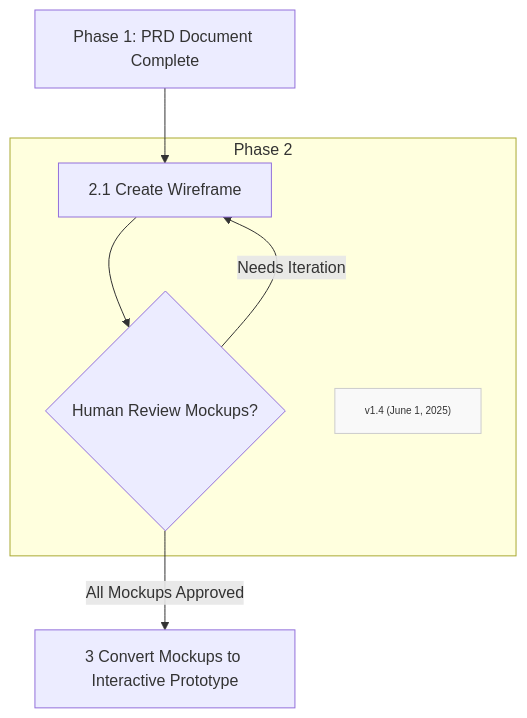
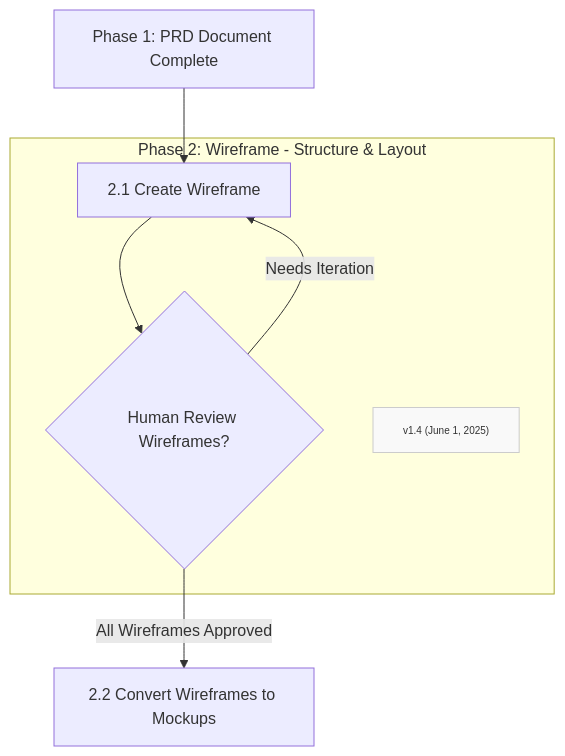
One commit to Mharbulous/Front-First-Method changed the diagram in Method/FF-phase2.md. Above: the diagram before and after it, drawn with Mermaid. The commit also changed other lines of this file, not shown here.

Commit message:
Revised Method/FF-phase2.md to correctly diagram and describe the process for creating wireframes, rather than mockups.

````diff
--- a/Method/FF-phase2.md
+++ b/Method/FF-phase2.md
@@ -3,15 +3,15 @@
 ```mermaid
 graph TD
     
     B1["Phase 1: PRD Document Complete"] --> B2["2.1 Create Wireframe"]    
-    subgraph Phase2["Phase 2"]
-        B2 --> B2_Val{"Human Review Mockups?"}
+    subgraph Phase2["Phase 2: Wireframe - Structure & Layout"]
+        B2 --> B2_Val{"Human Review Wireframes?"}
         B2_Val -->|Needs Iteration| B2
         Version["v1.4 (June 1, 2025)"]
         classDef version fill:#f9f9f9,stroke:#ccc,font-size:10px
         class Version version
     end
-B2_Val -->|All Mockups Approved| B3["3 Convert Mockups to Interactive Prototype"]
+B2_Val -->|All Wireframes Approved| B3["2.2 Convert Wireframes to Mockups"]
 
 
 ```
````
